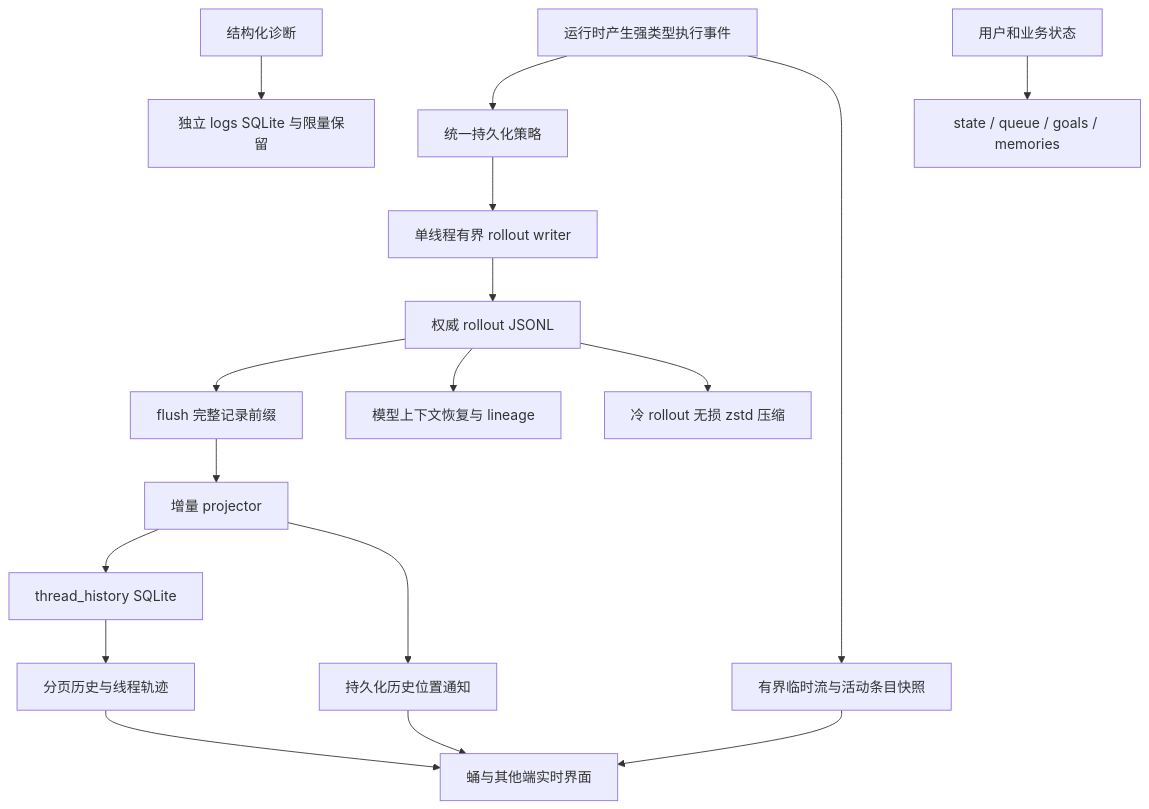
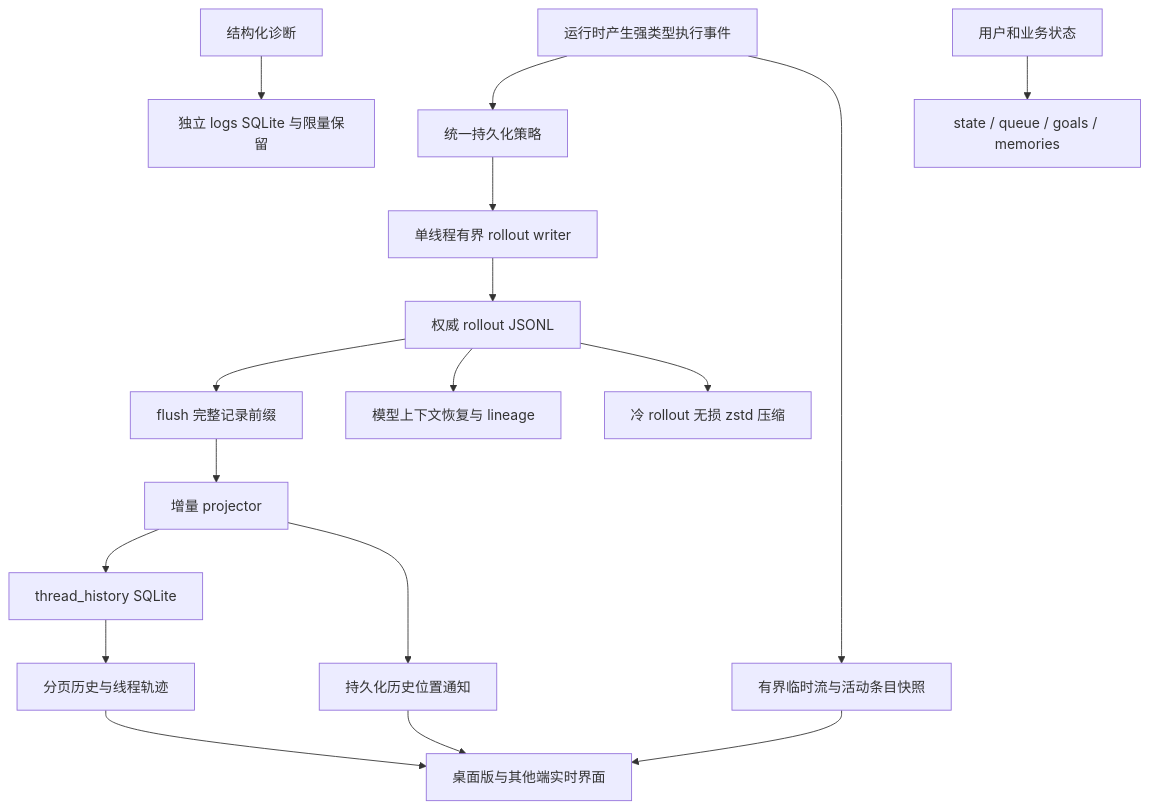
The diagram in docs/对齐codex存储设计方案.md (ylsdamxssjxxdd/wunder), drawn with Mermaid before and after one commit. The commit also changed other lines of this file and 538 other files, not shown here.

````diff
--- a/docs/对齐codex存储设计方案.md
+++ b/docs/对齐codex存储设计方案.md
@@ -74,19 +74,19 @@
 ```mermaid
 flowchart TD
     A[运行时产生强类型执行事件] --> P[统一持久化策略]
     A --> L[有界临时流与活动条目快照]
     P --> W[单线程有界 rollout writer]
     W --> R[权威 rollout JSONL]
     R --> F[flush 完整记录前缀]
     F --> J[增量 projector]
     J --> H[thread_history SQLite]
     J --> N[持久化历史位置通知]
     H --> Q[分页历史与线程轨迹]
     R --> C[模型上下文恢复与 lineage]
-    L --> U[蛹与其他端实时界面]
+    L --> U[桌面版与其他端实时界面]
     N --> U
     Q --> U
     R --> Z[冷 rollout 无损 zstd 压缩]
     D[结构化诊断] --> G[独立 logs SQLite 与限量保留]
     S[用户和业务状态] --> B[state / queue / goals / memories]
 ```
````
